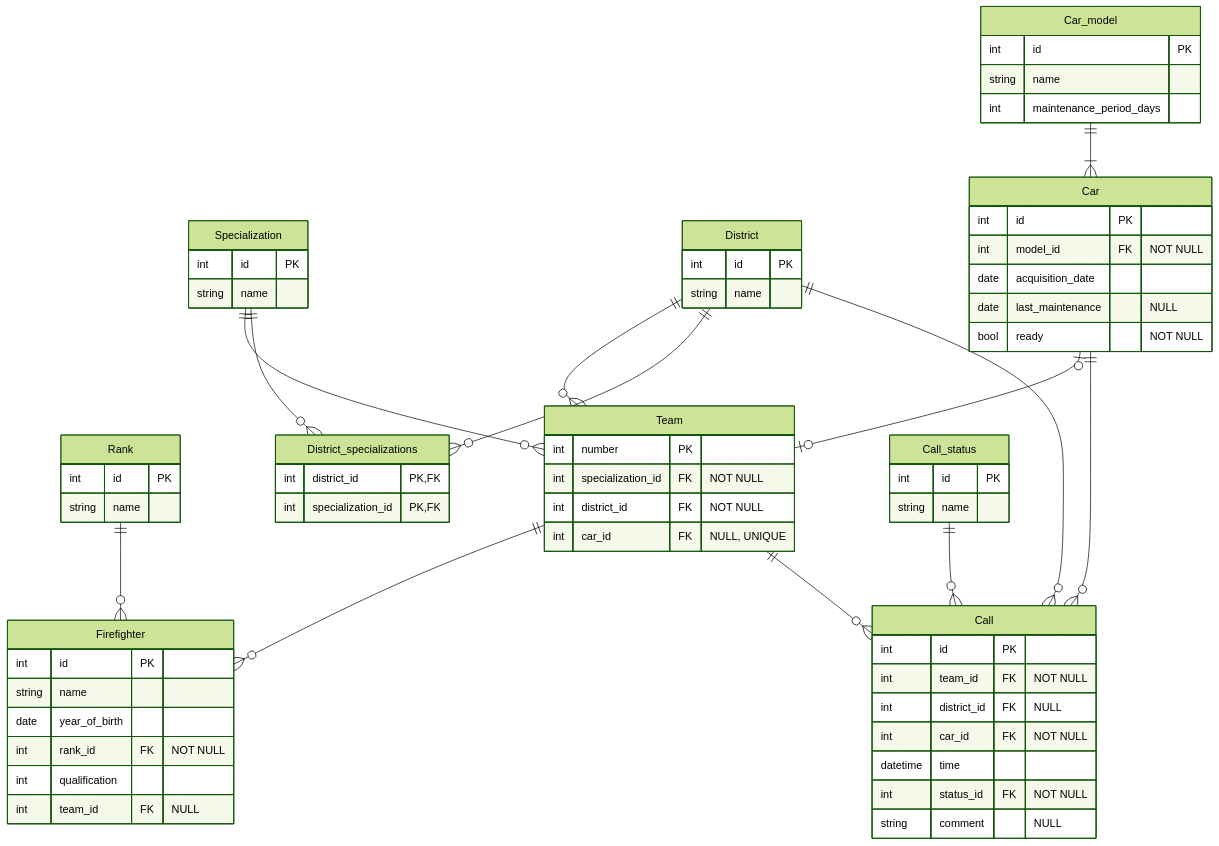
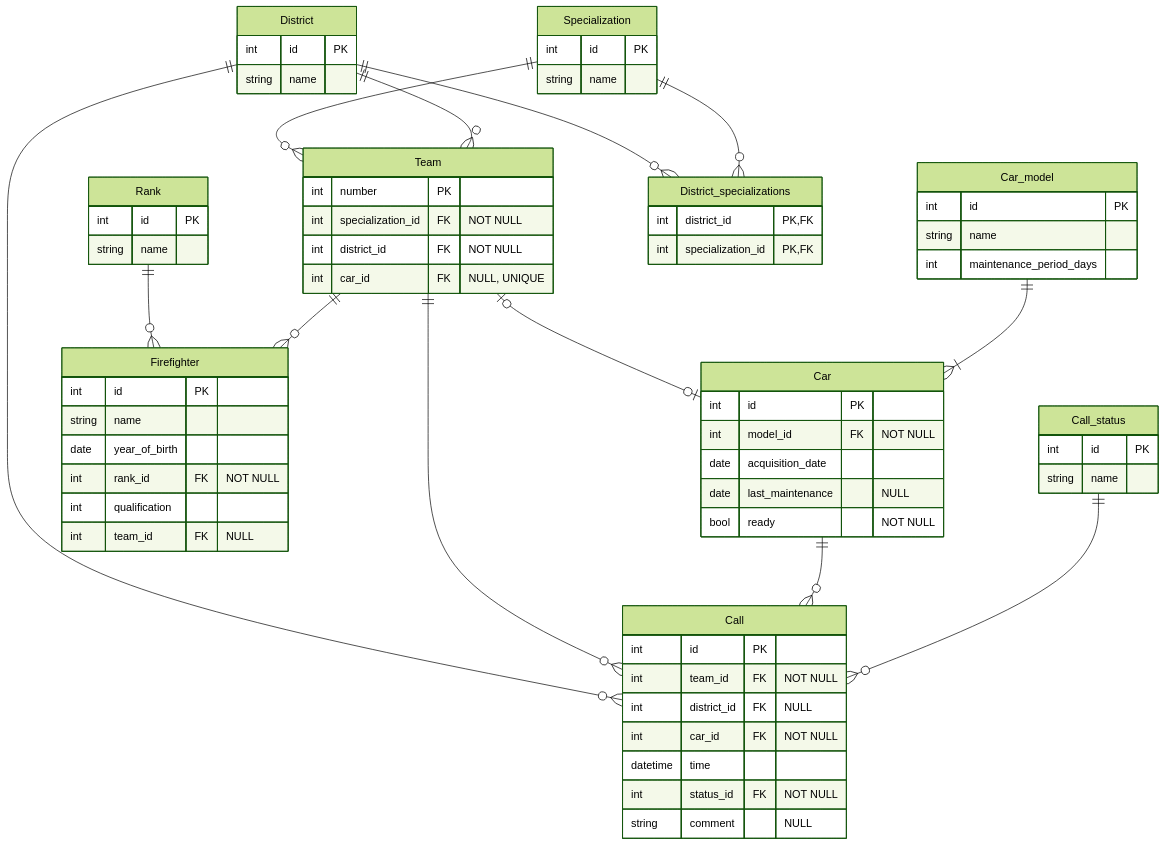
One commit to lolwhat-codesucc/fire-department changed the diagram in README.md. Above: the diagram before and after it, drawn with Mermaid (forest theme). The commit also changed other lines of this file, not shown here.

````diff
--- a/README.md
+++ b/README.md
@@ -31,70 +31,73 @@
 ```mermaid
 erDiagram
-    Firefighter {
-        int id PK
-        string name
-        date year_of_birth
-        int rank_id FK "NOT NULL"
-        int qualification
-        int team_id FK "NULL"
-    }
     Rank {
         int id PK
         string name
-    }
-    Team {
-        int number PK
-        int specialization_id FK "NOT NULL"
-        int district_id FK "NOT NULL"
-        int car_id FK "NULL, UNIQUE"
     }
     Specialization {
         int id PK
         string name
     }
     District {
         int id PK
         string name
     }
-    District_specializations {
-        int district_id PK, FK
-        int specialization_id PK, FK
+    Car_model {
+        int id PK
+        string name
+        int maintenance_period_days
+    }
+    Call_status {
+        int id PK
+        string name
+    }
+
+    Firefighter {
+        int id PK
+        string name
+        date year_of_birth
+        int rank_id FK "NOT NULL"
+        int qualification
+        int team_id FK "NULL"
+    }
+    Team {
+        int number PK
+        int specialization_id FK "NOT NULL"
+        int district_id FK "NOT NULL"
+        int car_id FK "NULL, UNIQUE"
     }
     Car {
         int id PK
         int model_id FK "NOT NULL"
         date acquisition_date
         date last_maintenance "NULL"
         bool ready "NOT NULL"
-    }
-    Car_model {
-        int id PK
-        string name
-        int maintenance_period_days
     }
     Call {
         int id PK
         int team_id FK "NOT NULL"
         int district_id FK "NULL"
         int car_id FK "NOT NULL"
         datetime time
         int status_id FK "NOT NULL"
         string comment "NULL"
     }
-    Call_status {
-        int id PK
-        string name
+
+    District_specializations {
+        int district_id PK, FK
+        int specialization_id PK, FK
     }
+
     Rank ||--o{ Firefighter : ""
-    Team ||--o{ Firefighter : ""
     Specialization ||--o{ Team : ""
     District ||--o{ Team : ""
-    Car |o--o| Team : ""
-    Car_model ||--|{ Car : ""
+    District ||--o{ Call : ""
     District ||--o{ District_specializations : ""
     Specialization ||--o{ District_specializations : ""
+    Team ||--o{ Firefighter : ""
     Team ||--o{ Call : ""
-    District ||--o{ Call : ""
+    Team |o--o| Car : ""
+    Car_model ||--|{ Car : ""
     Car ||--o{ Call : ""
     Call_status ||--o{ Call : ""
 ```
````
